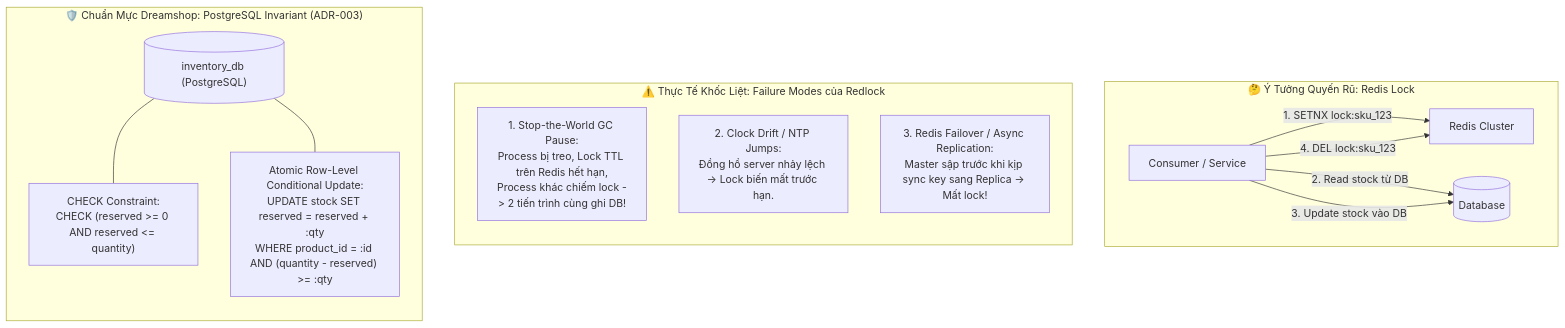
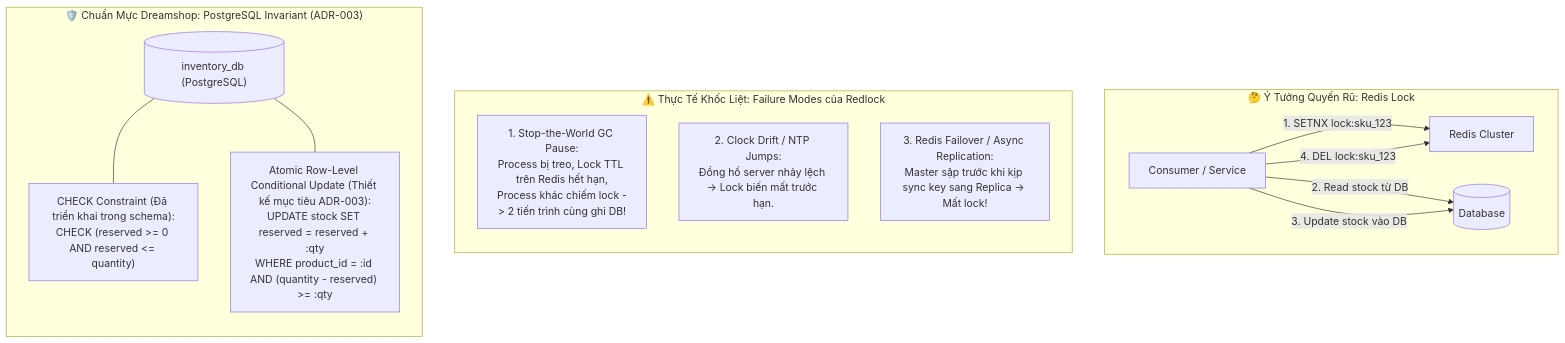
The first of 3 diagrams in docs/architecture-evaluation/04-dong-thoi-nhat-quan-va-chong-oversell.md (tuoitho/dreamshop), drawn with Mermaid before and after one commit. The commit also changed other lines of this file and 40 other files, not shown here.

````diff
--- a/docs/architecture-evaluation/04-dong-thoi-nhat-quan-va-chong-oversell.md
+++ b/docs/architecture-evaluation/04-dong-thoi-nhat-quan-va-chong-oversell.md
@@ -30,25 +30,25 @@
 ```mermaid
 graph TD
     subgraph Myth["🤔 Ý Tưởng Quyến Rũ: Redis Lock"]
         R_Client["Consumer / Service"] -->|"1. SETNX lock:sku_123"| Redis["Redis Cluster"]
         R_Client -->|"2. Read stock từ DB"| DB1[("Database")]
         R_Client -->|"3. Update stock vào DB"| DB1
         R_Client -->|"4. DEL lock:sku_123"| Redis
     end
 
     subgraph Reality["⚠️ Thực Tế Khốc Liệt: Failure Modes của Redlock"]
         direction TB
         F1["1. Stop-the-World GC Pause:\nProcess bị treo, Lock TTL trên Redis hết hạn,\nProcess khác chiếm lock -> 2 tiến trình cùng ghi DB!"]
         F2["2. Clock Drift / NTP Jumps:\nĐồng hồ server nhảy lệch -> Lock biến mất trước hạn."]
         F3["3. Redis Failover / Async Replication:\nMaster sập trước khi kịp sync key sang Replica -> Mất lock!"]
     end
 
     subgraph Solution["🛡️ Chuẩn Mực Dreamshop: PostgreSQL Invariant (ADR-003)"]
         direction TB
         DB2[("inventory_db (PostgreSQL)")]
-        SQL1["CHECK Constraint:\nCHECK (reserved >= 0 AND reserved <= quantity)"]
-        SQL2["Atomic Row-Level Conditional Update:\nUPDATE stock SET reserved = reserved + :qty\nWHERE product_id = :id AND (quantity - reserved) >= :qty"]
+        SQL1["CHECK Constraint (Đã triển khai trong schema):\nCHECK (reserved >= 0 AND reserved <= quantity)"]
+        SQL2["Atomic Row-Level Conditional Update (Thiết kế mục tiêu ADR-003):\nUPDATE stock SET reserved = reserved + :qty\nWHERE product_id = :id AND (quantity - reserved) >= :qty"]
         DB2 --- SQL1
         DB2 --- SQL2
     end
 ```
````
